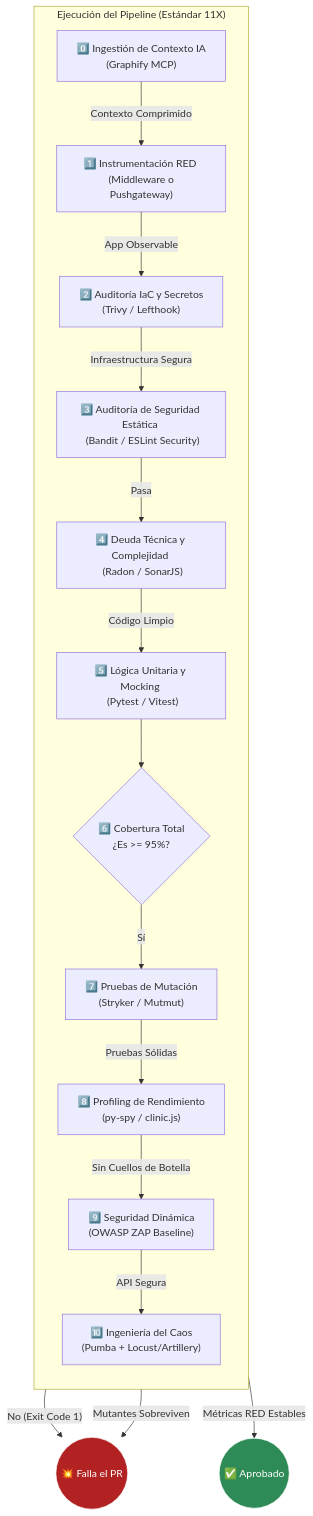
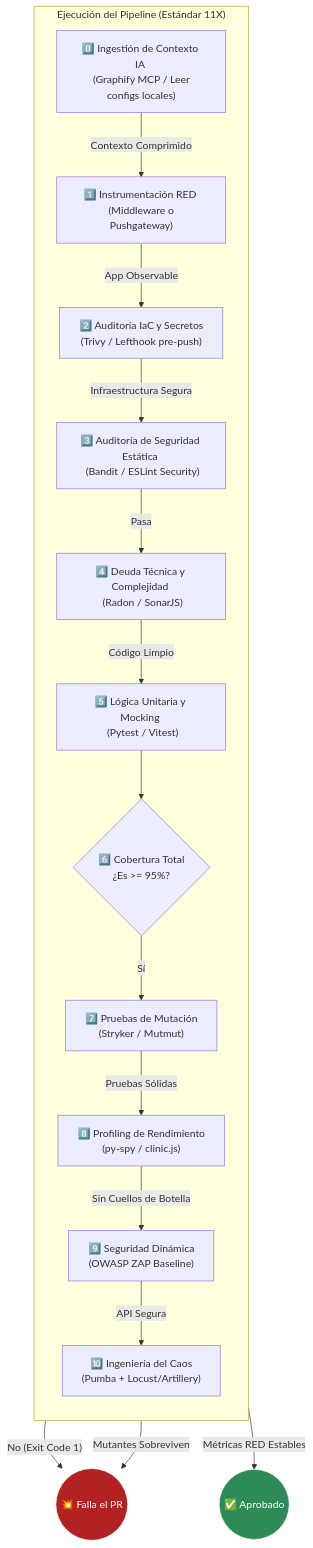
Before and after one commit to tecno-consultores/qa-testing-blueprints: the third of 3 diagrams in docs/ARCHITECTURE_C4.md, drawn with Mermaid. The commit also changed other lines of this file and 8 other files, not shown here.

````diff
--- a/docs/ARCHITECTURE_C4.md
+++ b/docs/ARCHITECTURE_C4.md
@@ -82,38 +86,38 @@
 ```mermaid
 graph TD
     subgraph "Ejecución del Pipeline (Estándar 11X)"
         direction TB
         
-        Graph["0️⃣ Ingestión de Contexto IA \n (Graphify MCP)"]
+        Graph["0️⃣ Ingestión de Contexto IA \n (Graphify MCP / Leer configs locales)"]
         Obs["1️⃣ Instrumentación RED \n (Middleware o Pushgateway)"]
-        IaC["2️⃣ Auditoría IaC y Secretos \n (Trivy / Lefthook)"]
+        IaC["2️⃣ Auditoría IaC y Secretos \n (Trivy / Lefthook pre-push)"]
         SAST["3️⃣ Auditoría de Seguridad Estática \n (Bandit / ESLint Security)"]
         Static["4️⃣ Deuda Técnica y Complejidad \n (Radon / SonarJS)"]
         Unit["5️⃣ Lógica Unitaria y Mocking \n (Pytest / Vitest)"]
         Coverage{"6️⃣ Cobertura Total \n ¿Es >= 95%?"}
         Mutation["7️⃣ Pruebas de Mutación \n (Stryker / Mutmut)"]
         Performance["8️⃣ Profiling de Rendimiento \n (py-spy / clinic.js)"]
         DAST["9️⃣ Seguridad Dinámica \n (OWASP ZAP Baseline)"]
         Chaos["🔟 Ingeniería del Caos \n (Pumba + Locust/Artillery)"]
     end
 
     %% Enlaces lógicos
     Graph -- "Contexto Comprimido" --> Obs
     Obs -- "App Observable" --> IaC
     IaC -- "Infraestructura Segura" --> SAST
     SAST -- "Pasa" --> Static
     Static -- "Código Limpio" --> Unit
     Unit --> Coverage
     Coverage -- "Sí" --> Mutation
     Coverage -- "No (Exit Code 1)" --> FallaPipeline(("💥 Falla el PR"))
     Mutation -- "Mutantes Sobreviven" --> FallaPipeline
     Mutation -- "Pruebas Sólidas" --> Performance
     Performance -- "Sin Cuellos de Botella" --> DAST
     DAST -- "API Segura" --> Chaos
     Chaos -- "Métricas RED Estables" --> Exito(("✅ Aprobado"))
 
     classDef pass fill:#2e8b57,stroke:#fff,color:#fff;
     classDef fail fill:#b22222,stroke:#fff,color:#fff;
     class Exito pass;
     class FallaPipeline fail;
 ```
````
